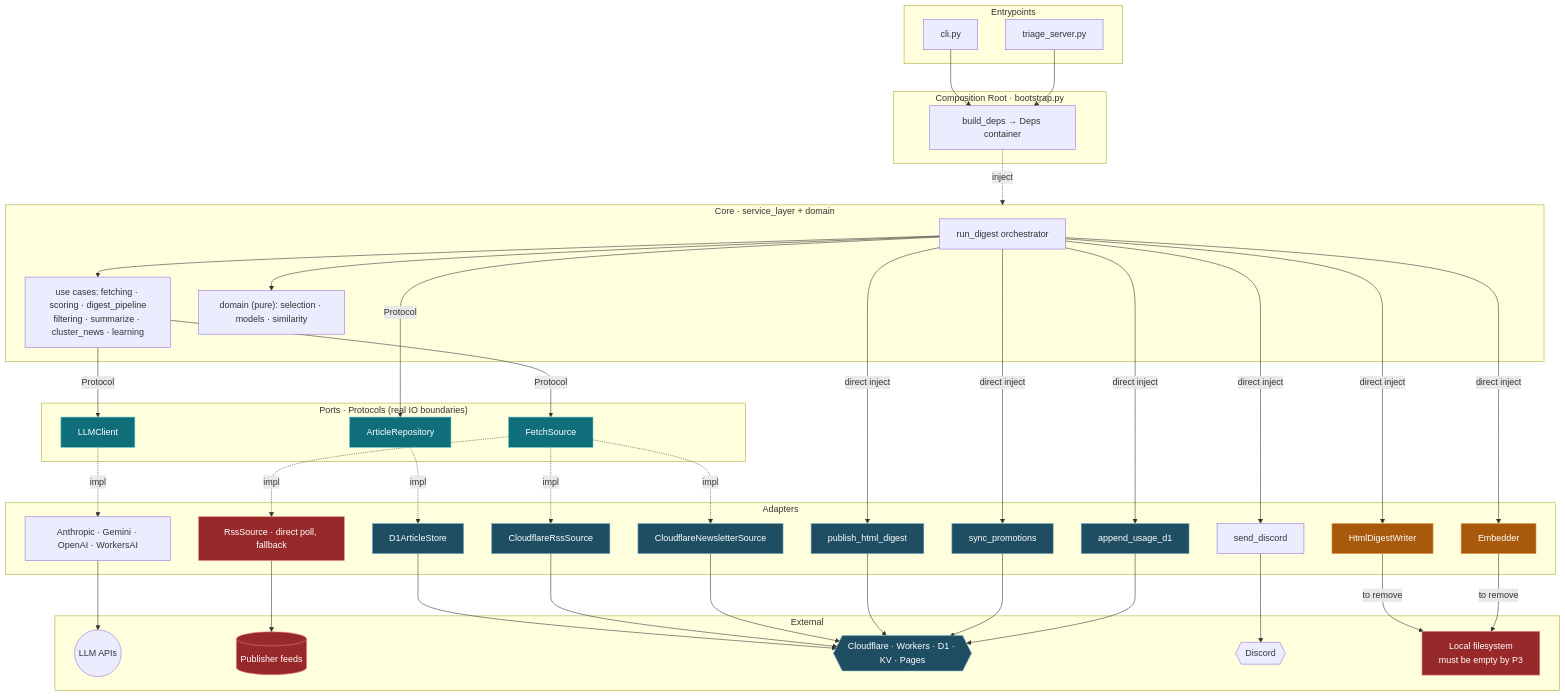
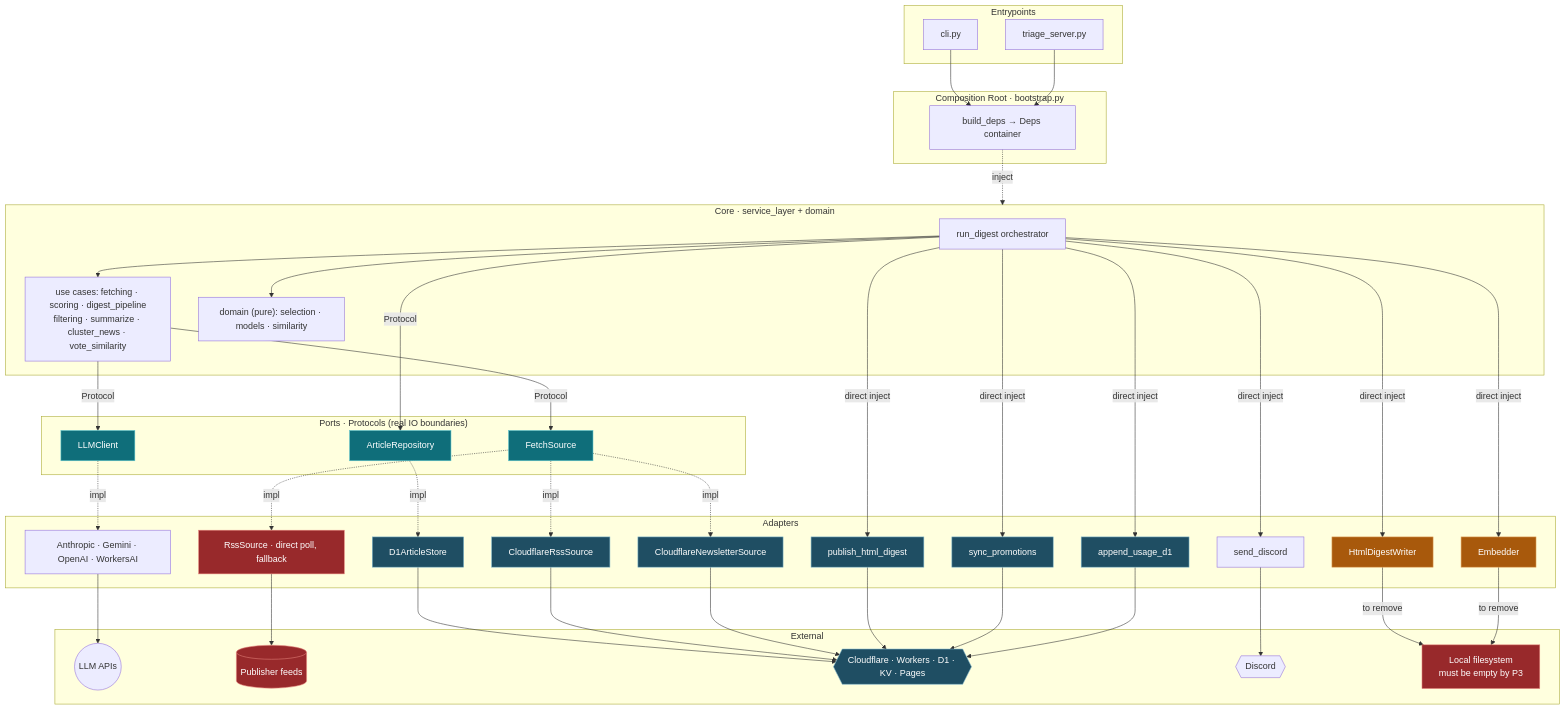
One commit to musingfox/cyris changed the first of 2 diagrams in docs/architecture.md. Above: the diagram before and after it, drawn with Mermaid. The commit also changed other lines of this file and 22 other files, not shown here.

First line of the commit message:
Remove preference learning; vote similarity is the personalization

```diff
--- a/docs/architecture.md
+++ b/docs/architecture.md
@@ -40,7 +40,7 @@
 
     subgraph CORE["Core · service_layer + domain"]
         RUN["run_digest orchestrator"]
-        UC["use cases: fetching · scoring · digest_pipeline<br/>filtering · summarize · cluster_news · learning"]
+        UC["use cases: fetching · scoring · digest_pipeline<br/>filtering · summarize · cluster_news · vote_similarity"]
         DOM["domain (pure): selection · models · similarity"]
         RUN --> UC
         RUN --> DOM
```
